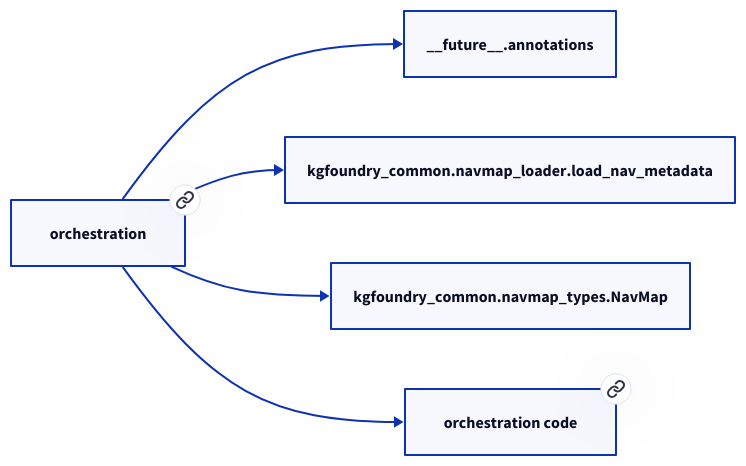
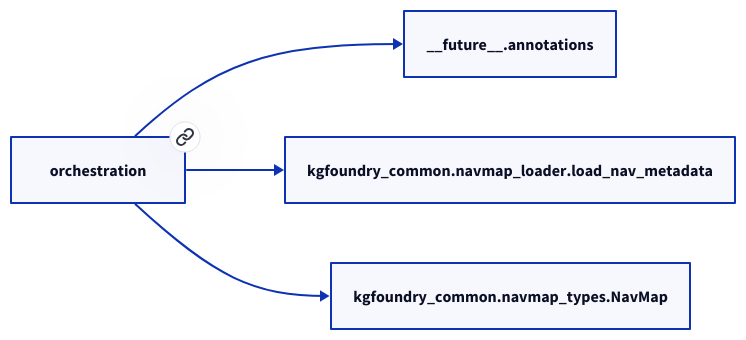
The diagram in docs/modules/orchestration.md (paul-heyse/kgforge), drawn with D2 before and after one commit. The commit also changed other lines of this file and 118 other files, not shown here.

````diff
--- a/docs/modules/orchestration.md
+++ b/docs/modules/orchestration.md
@@ -19,12 +17,10 @@
 ```d2
 direction: right
-"orchestration": "orchestration" { link: "./orchestration.md" }
+"orchestration": "orchestration" { link: "orchestration.md" }
 "__future__.annotations": "__future__.annotations"
 "orchestration" -> "__future__.annotations"
 "kgfoundry_common.navmap_loader.load_nav_metadata": "kgfoundry_common.navmap_loader.load_nav_metadata"
 "orchestration" -> "kgfoundry_common.navmap_loader.load_nav_metadata"
 "kgfoundry_common.navmap_types.NavMap": "kgfoundry_common.navmap_types.NavMap"
 "orchestration" -> "kgfoundry_common.navmap_types.NavMap"
-"orchestration_code": "orchestration code" { link: "https://github.com/kgfoundry/kgfoundry/blob/main/src/orchestration/__init__.py" }
-"orchestration" -> "orchestration_code" { style: dashed }
 ```
````
